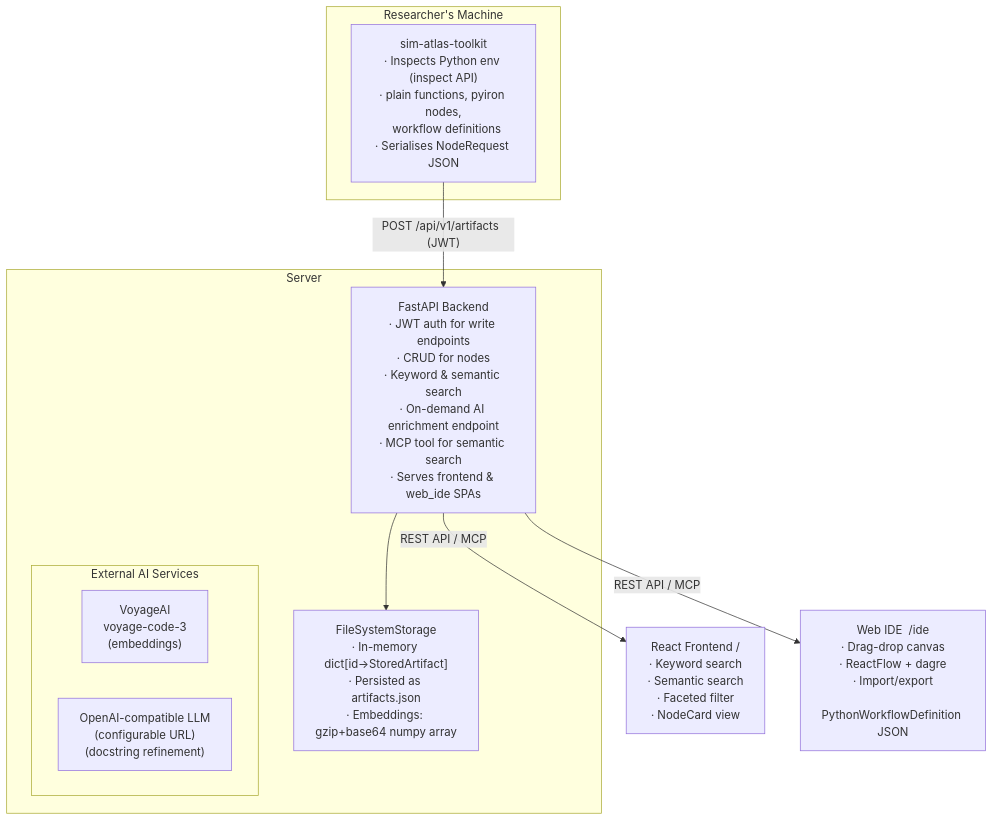
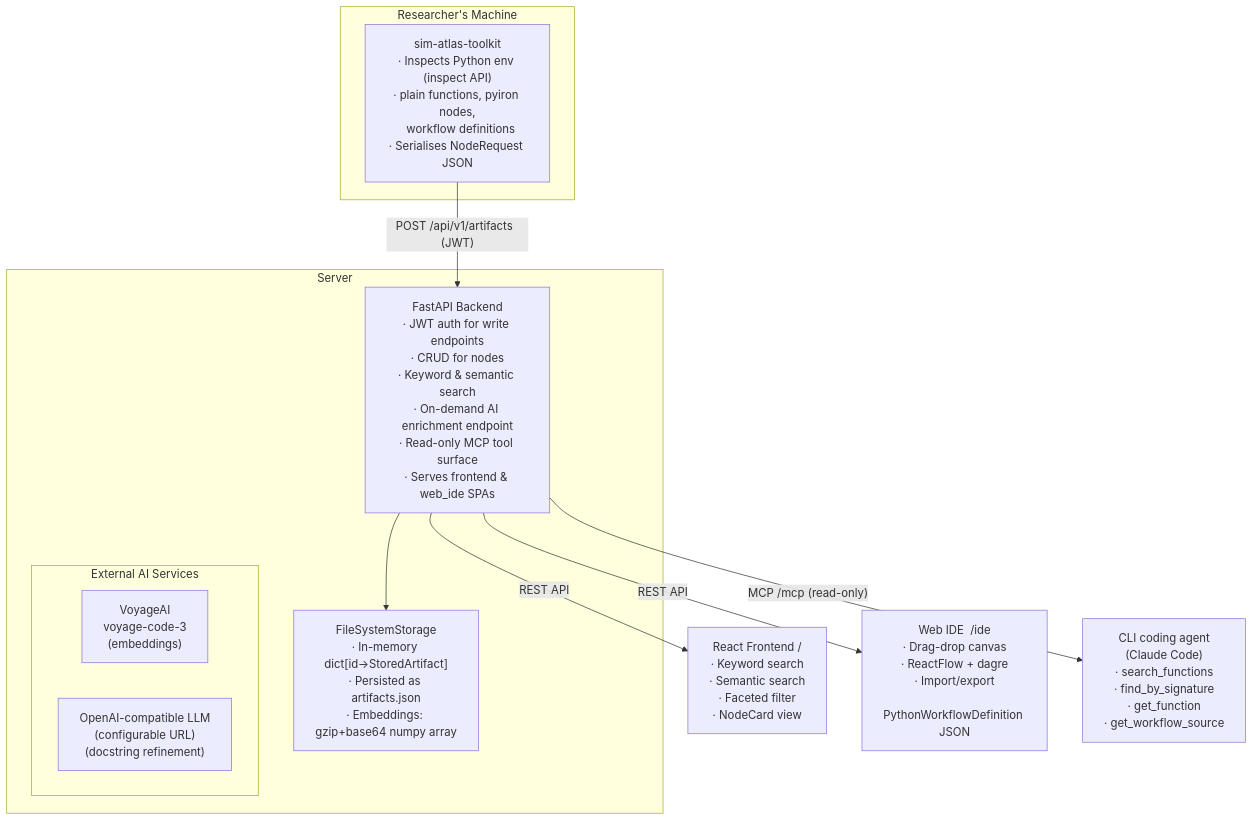
The first of 3 diagrams in docs/architecture.md (XzzX/sim_atlas), drawn with Mermaid before and after one commit. The commit also changed other lines of this file and 26 other files, not shown here.

````diff
--- a/docs/architecture.md
+++ b/docs/architecture.md
@@ -53,23 +53,25 @@
 ```mermaid
 flowchart TD
     subgraph RM["Researcher's Machine"]
         T["sim-atlas-toolkit<br/>· Inspects Python env (inspect API)<br/>· plain functions, pyiron nodes,<br/>  workflow definitions<br/>· Serialises NodeRequest JSON"]
     end
 
     subgraph SRV["Server"]
-        B["FastAPI Backend<br/>· JWT auth for write endpoints<br/>· CRUD for nodes<br/>· Keyword & semantic search<br/>· On-demand AI enrichment endpoint<br/>· MCP tool for semantic search<br/>· Serves frontend & web_ide SPAs"]
+        B["FastAPI Backend<br/>· JWT auth for write endpoints<br/>· CRUD for nodes<br/>· Keyword & semantic search<br/>· On-demand AI enrichment endpoint<br/>· Read-only MCP tool surface<br/>· Serves frontend & web_ide SPAs"]
         FS["FileSystemStorage<br/>· In-memory dict[id→StoredArtifact]<br/>· Persisted as artifacts.json<br/>· Embeddings: gzip+base64 numpy array"]
         subgraph AI["External AI Services"]
             V["VoyageAI<br/>voyage-code-3<br/>(embeddings)"]
             L["OpenAI-compatible LLM<br/>(configurable URL)<br/>(docstring refinement)"]
         end
     end
 
     F["React Frontend  /<br/>· Keyword search<br/>· Semantic search<br/>· Faceted filter<br/>· NodeCard view"]
     W["Web IDE  /ide<br/>· Drag-drop canvas<br/>· ReactFlow + dagre<br/>· Import/export<br/>  PythonWorkflowDefinition JSON"]
+    C["CLI coding agent<br/>(Claude Code)<br/>· search_functions<br/>· find_by_signature<br/>· get_function<br/>· get_workflow_source"]
 
     T -->|"POST /api/v1/artifacts  (JWT)"| B
     B --> FS
-    B -->|"REST API / MCP"| F
-    B -->|"REST API / MCP"| W
+    B -->|"REST API"| F
+    B -->|"REST API"| W
+    B -->|"MCP  /mcp  (read-only)"| C
 ```
````
